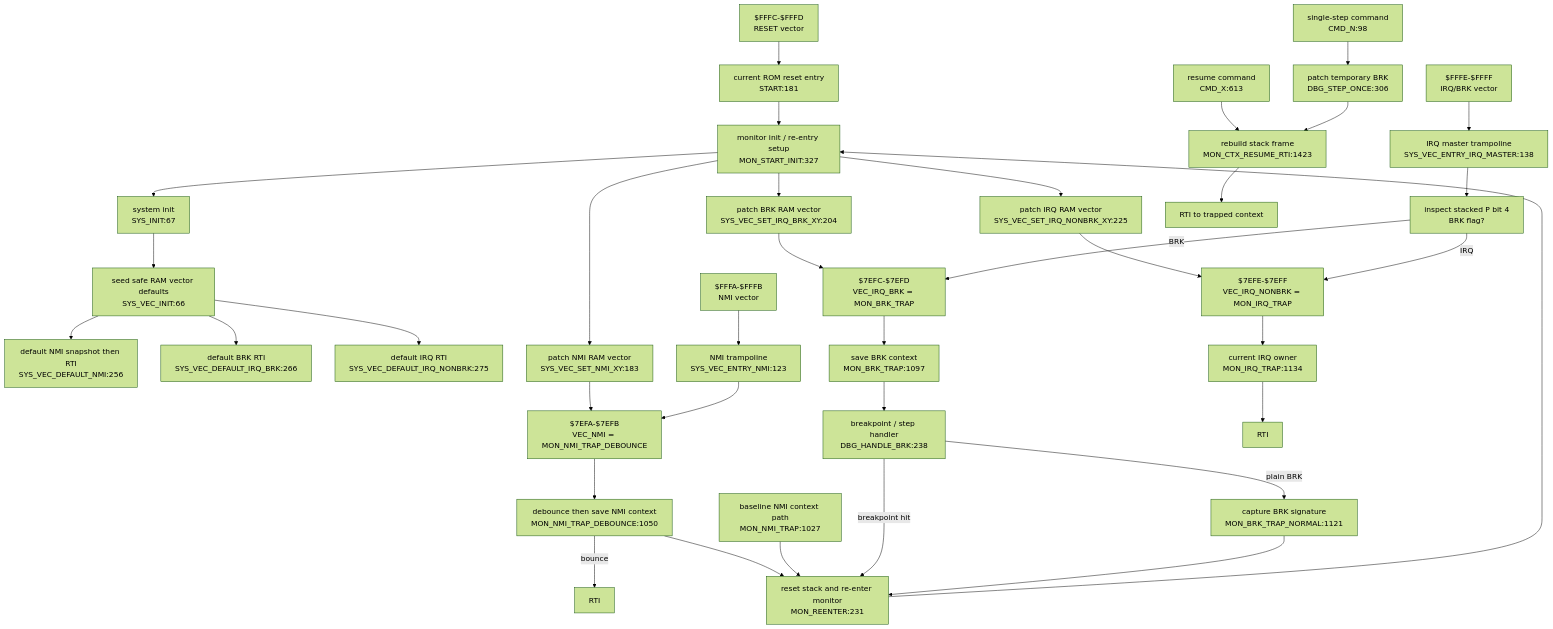
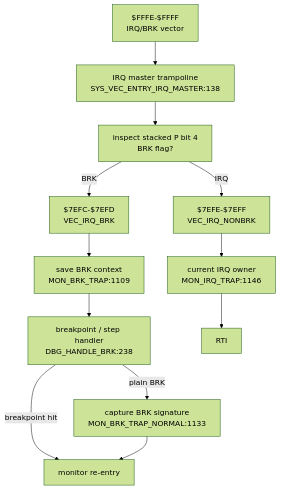
The fifth of 6 diagrams in DOC/GENERATED/INTERRUPT_VECTOR_MAP.md (95westus/R-YORS), drawn with Mermaid (forest theme) before and after one commit. The commit also changed other lines of this file and 52 other files, not shown here.

````diff
--- a/DOC/GENERATED/INTERRUPT_VECTOR_MAP.md
+++ b/DOC/GENERATED/INTERRUPT_VECTOR_MAP.md
@@ -25,42 +75,14 @@
 ```mermaid
 flowchart TD
-    RESETV["$FFFC-$FFFD<br/>RESET vector"] --> STARTN["current ROM reset entry<br/>START:181"]
-    STARTN --> INIT["monitor init / re-entry setup<br/>MON_START_INIT:327"]
-    INIT --> SYSINIT["system init<br/>SYS_INIT:67"]
-    SYSINIT --> VECINIT["seed safe RAM vector defaults<br/>SYS_VEC_INIT:66"]
-    VECINIT --> DEFNMI["default NMI snapshot then RTI<br/>SYS_VEC_DEFAULT_NMI:256"]
-    VECINIT --> DEFBRK["default BRK RTI<br/>SYS_VEC_DEFAULT_IRQ_BRK:266"]
-    VECINIT --> DEFIRQ["default IRQ RTI<br/>SYS_VEC_DEFAULT_IRQ_NONBRK:275"]
-
-    INIT --> SETNMI["patch NMI RAM vector<br/>SYS_VEC_SET_NMI_XY:183"]
-    INIT --> SETBRK["patch BRK RAM vector<br/>SYS_VEC_SET_IRQ_BRK_XY:204"]
-    INIT --> SETIRQ["patch IRQ RAM vector<br/>SYS_VEC_SET_IRQ_NONBRK_XY:225"]
-    SETNMI --> VECNMI["$7EFA-$7EFB<br/>VEC_NMI = MON_NMI_TRAP_DEBOUNCE"]
-    SETBRK --> VECBRK["$7EFC-$7EFD<br/>VEC_IRQ_BRK = MON_BRK_TRAP"]
-    SETIRQ --> VECIRQ["$7EFE-$7EFF<br/>VEC_IRQ_NONBRK = MON_IRQ_TRAP"]
-
-    NMIV["$FFFA-$FFFB<br/>NMI vector"] --> NMIENTRY["NMI trampoline<br/>SYS_VEC_ENTRY_NMI:123"]
-    NMIENTRY --> VECNMI
-    VECNMI --> NMITRAP["debounce then save NMI context<br/>MON_NMI_TRAP_DEBOUNCE:1050"]
-    NMITRAP -->|bounce| RTINMI["RTI"]
-    NMITRAP --> REENTER["reset stack and re-enter monitor<br/>MON_REENTER:231"]
-    NMIBASE["baseline NMI context path<br/>MON_NMI_TRAP:1027"] --> REENTER
-    REENTER --> INIT
-
     IRQV["$FFFE-$FFFF<br/>IRQ/BRK vector"] --> IRQMASTER["IRQ master trampoline<br/>SYS_VEC_ENTRY_IRQ_MASTER:138"]
     IRQMASTER --> SPLIT["inspect stacked P bit 4<br/>BRK flag?"]
-    SPLIT -->|BRK| VECBRK
-    SPLIT -->|IRQ| VECIRQ
-    VECBRK --> BRKTRAP["save BRK context<br/>MON_BRK_TRAP:1097"]
+    SPLIT -->|BRK| VECBRK["$7EFC-$7EFD<br/>VEC_IRQ_BRK"]
+    SPLIT -->|IRQ| VECIRQ["$7EFE-$7EFF<br/>VEC_IRQ_NONBRK"]
+    VECBRK --> BRKTRAP["save BRK context<br/>MON_BRK_TRAP:1109"]
     BRKTRAP --> DBGBRK["breakpoint / step handler<br/>DBG_HANDLE_BRK:238"]
-    DBGBRK -->|breakpoint hit| REENTER
-    DBGBRK -->|plain BRK| BRKNORMAL["capture BRK signature<br/>MON_BRK_TRAP_NORMAL:1121"]
+    DBGBRK -->|breakpoint hit| REENTER["monitor re-entry"]
+    DBGBRK -->|plain BRK| BRKNORMAL["capture BRK signature<br/>MON_BRK_TRAP_NORMAL:1133"]
     BRKNORMAL --> REENTER
-    VECIRQ --> IRQTRAP["current IRQ owner<br/>MON_IRQ_TRAP:1134"]
+    VECIRQ --> IRQTRAP["current IRQ owner<br/>MON_IRQ_TRAP:1146"]
     IRQTRAP --> RTIIRQ["RTI"]
-
-    CMDX["resume command<br/>CMD_X:613"] --> RESUME["rebuild stack frame<br/>MON_CTX_RESUME_RTI:1423"]
-    CMDN["single-step command<br/>CMD_N:98"] --> STEP["patch temporary BRK<br/>DBG_STEP_ONCE:306"]
-    STEP --> RESUME
-    RESUME --> RTIRES["RTI to trapped context"]
 ```
````
